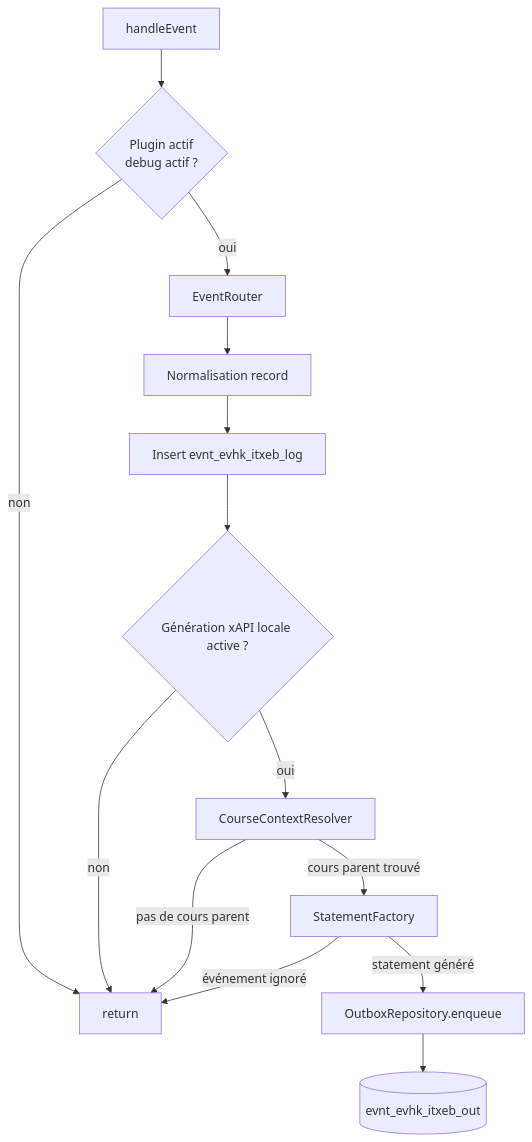
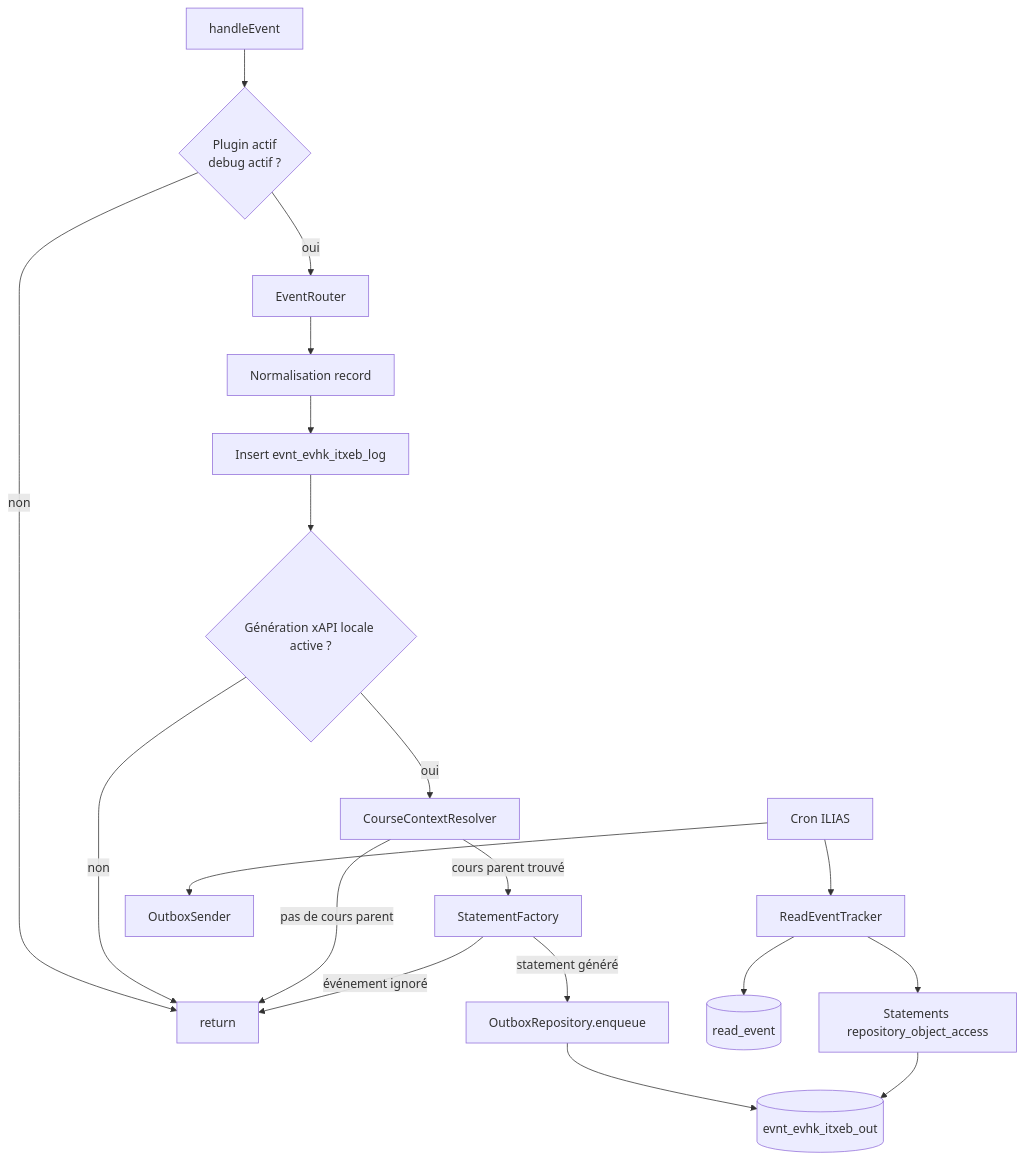
Before and after one commit to vincent-sayah/IliasTraxEventBridge: the diagram in README_TECHNIQUE.md, drawn with Mermaid. The commit also changed other lines of this file, not shown here.

````diff
--- a/README_TECHNIQUE.md
+++ b/README_TECHNIQUE.md
@@ -48,18 +51,24 @@
 ```mermaid
 flowchart TD
     H[handleEvent] --> C{Plugin actif<br>debug actif ?}
     C -->|non| END[return]
     C -->|oui| R[EventRouter]
 
     R --> N[Normalisation record]
     N --> L[Insert evnt_evhk_itxeb_log]
     L --> G{Génération xAPI locale active ?}
     G -->|non| END
     G -->|oui| CRS[CourseContextResolver]
     CRS -->|pas de cours parent| END
     CRS -->|cours parent trouvé| F[StatementFactory]
 
     F -->|événement ignoré| END
     F -->|statement généré| O[OutboxRepository.enqueue]
     O --> DB[(evnt_evhk_itxeb_out)]
+
+    CRON[Cron ILIAS] --> READ[ReadEventTracker]
+    READ --> READDB[(read_event)]
+    READ --> OUT[Statements repository_object_access]
+    OUT --> DB
+    CRON --> SEND[OutboxSender]
 ```
````
